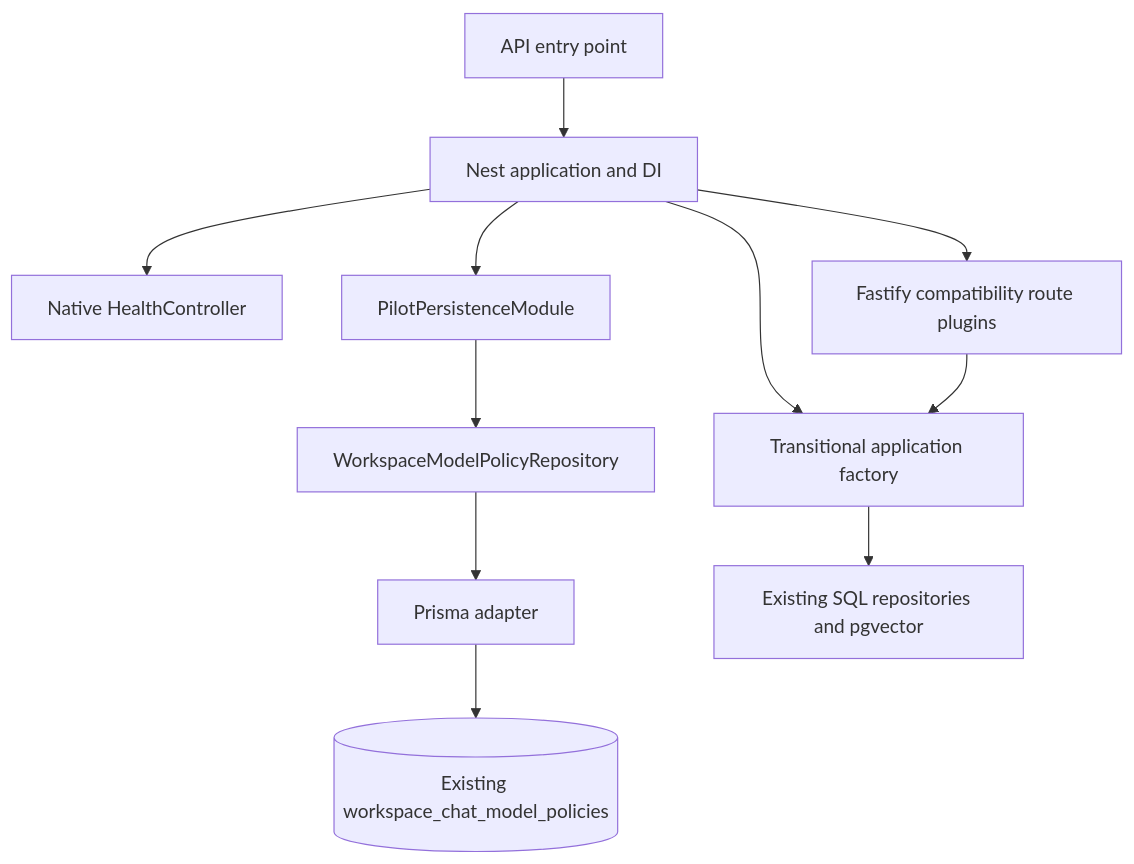
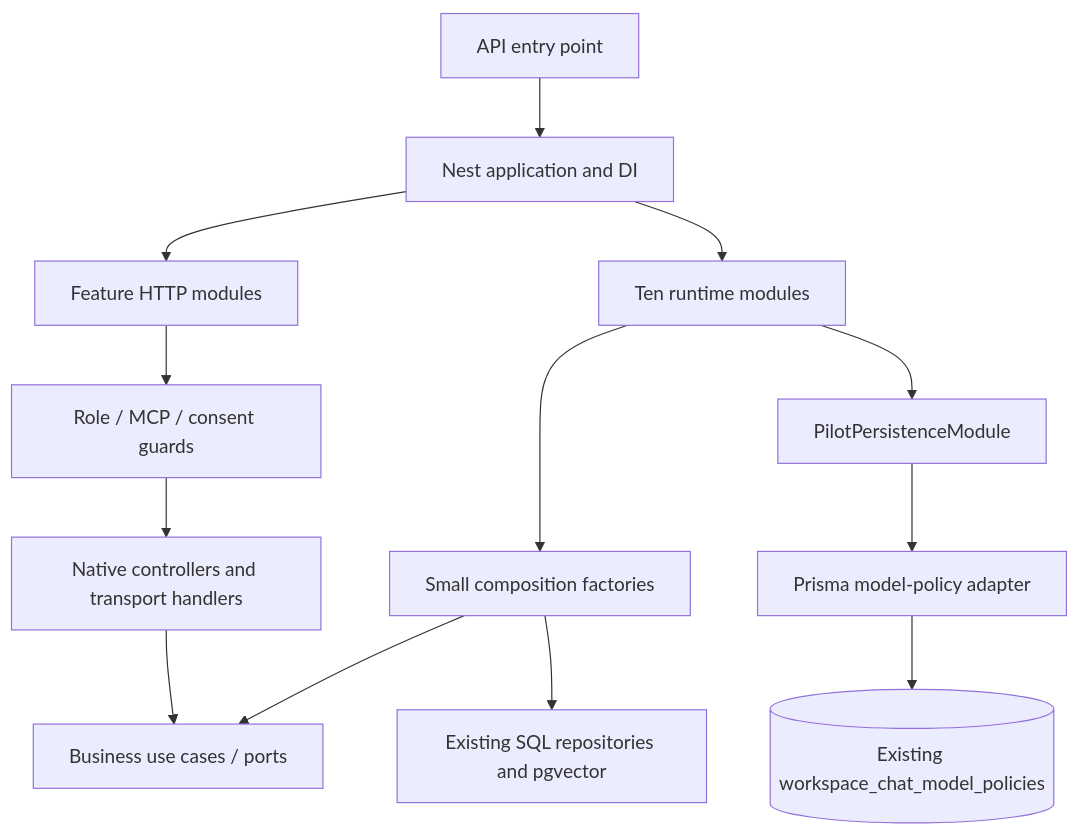
One commit to willianmesko/rag-study-mvp changed the diagram in docs/decisions/2026-11-12-nest-prisma-pilot.md. Above: the diagram before and after it, drawn with Mermaid. The commit also changed other lines of this file and 74 other files, not shown here.

Commit message:
Migrate remaining API controllers guards and runtime modules to Nest

````diff
--- a/docs/decisions/2026-11-12-nest-prisma-pilot.md
+++ b/docs/decisions/2026-11-12-nest-prisma-pilot.md
@@ -28,13 +35,15 @@
 ```mermaid
 flowchart TD
   Entry[API entry point] --> Nest[Nest application and DI]
-  Nest --> Health[Native HealthController]
-  Nest --> Legacy[Fastify compatibility route plugins]
-  Nest --> Factory[Transitional application factory]
-  Nest --> PrismaModule[PilotPersistenceModule]
-  PrismaModule --> Port[WorkspaceModelPolicyRepository]
-  Port --> Prisma[Prisma adapter]
+  Nest --> HTTP[Feature HTTP modules]
+  HTTP --> Guards[Role / MCP / consent guards]
+  Guards --> Controllers[Native controllers and transport handlers]
+  Nest --> Runtime[Ten runtime modules]
+  Runtime --> Factories[Small composition factories]
+  Controllers --> Ports[Business use cases / ports]
+  Factories --> Ports
+  Runtime --> PrismaModule[PilotPersistenceModule]
+  PrismaModule --> Prisma[Prisma model-policy adapter]
   Prisma --> Existing[(Existing workspace_chat_model_policies)]
-  Factory --> SQL[Existing SQL repositories and pgvector]
-  Legacy --> Factory
+  Factories --> SQL[Existing SQL repositories and pgvector]
 ```
````
